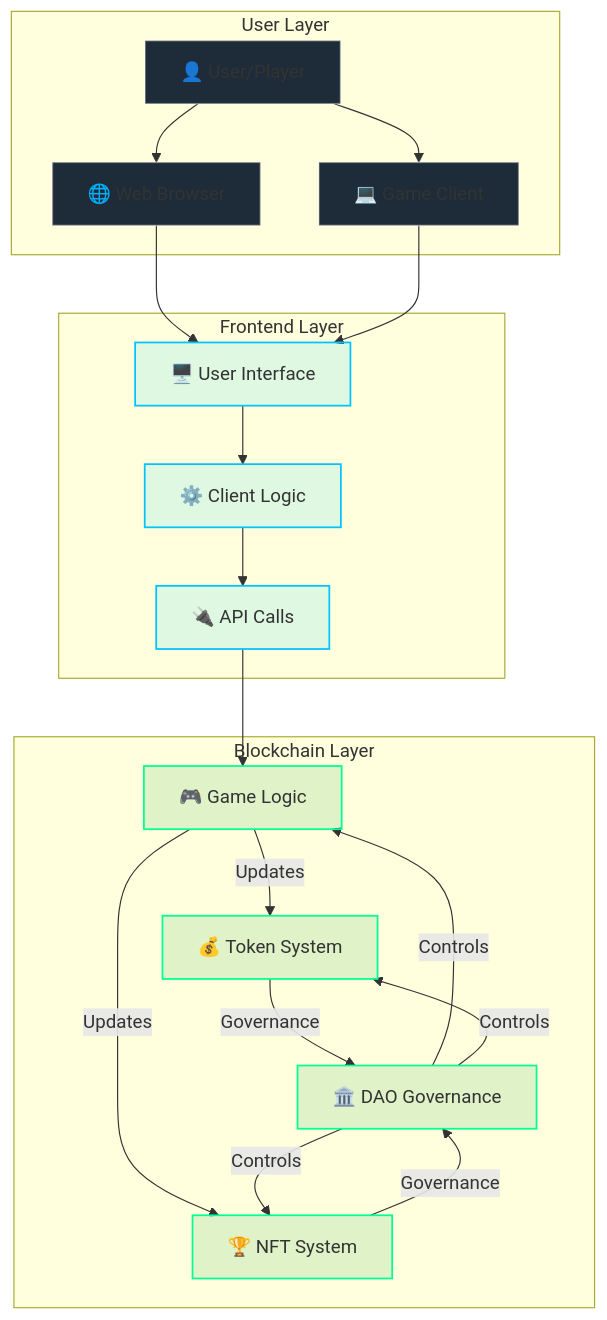
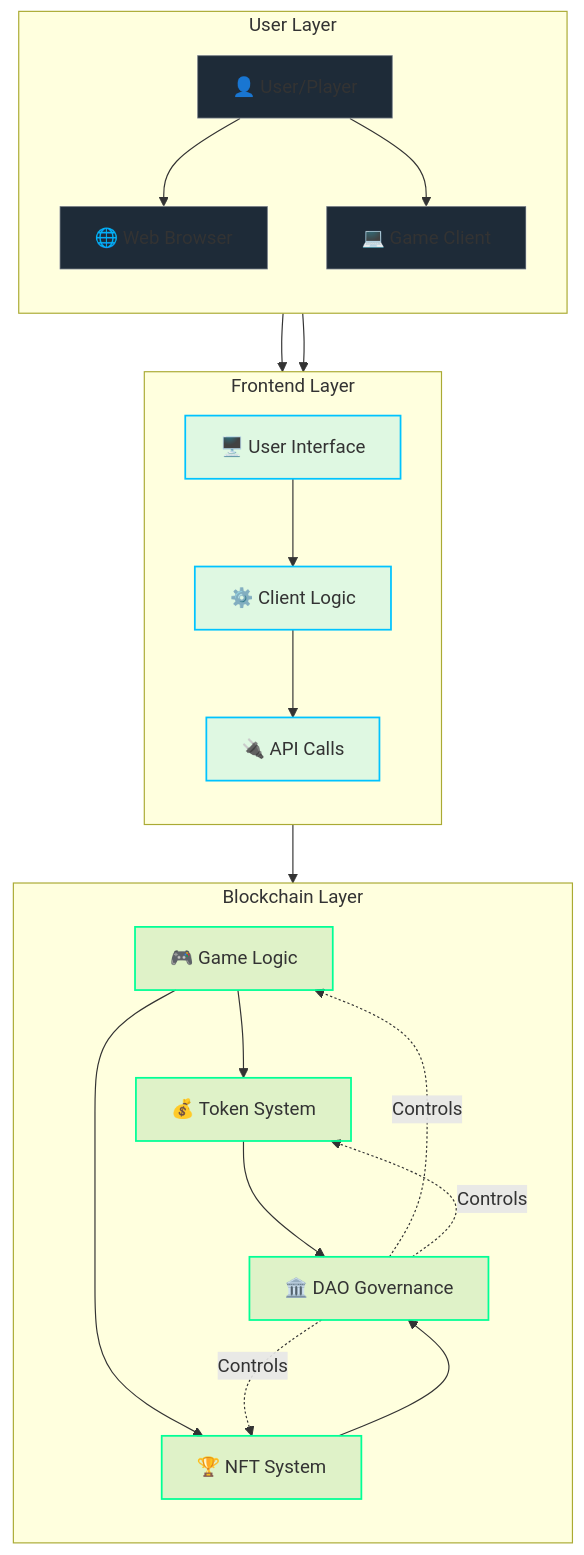
The first of 6 diagrams in src/frontend/src/assets/markdown/en/architecture.md (cosmicrafts/cosmicrafts-dao), drawn with Mermaid before and after one commit. The commit also changed other lines of this file and 1 other file, not shown here.

Commit message:
mermaids #3

````diff
--- a/src/frontend/src/assets/markdown/en/architecture.md
+++ b/src/frontend/src/assets/markdown/en/architecture.md
@@ -25,40 +27,54 @@
 ```mermaid
 flowchart TD
+    %% Define diagram direction and layout
+    %% Use TD (top-down) for vertical flow
+    
     subgraph "User Layer"
+        direction TB
         User["👤 User/Player"]
         Browser["🌐 Web Browser"]
         Client["💻 Game Client"]
     end
     
     subgraph "Frontend Layer"
+        direction TB
         UI["🖥️ User Interface"]
         ClientLogic["⚙️ Client Logic"]
         APIcalls["🔌 API Calls"]
     end
     
     subgraph "Blockchain Layer"
-        DAO["🏛️ DAO Governance"]
+        direction TB
         GameLogic["🎮 Game Logic"]
         TokenSystem["💰 Token System"]
         NFTSystem["🏆 NFT System"]
+        DAO["🏛️ DAO Governance"]
     end
     
-    User --> Browser & Client
-    Browser & Client --> UI
+    %% Connections between nodes with clear vertical flow
+    User --> Browser
+    User --> Client
+    Browser --> UI
+    Client --> UI
     UI --> ClientLogic
     ClientLogic --> APIcalls
     
     APIcalls --> GameLogic
-    GameLogic --> |"Updates"| TokenSystem & NFTSystem
-    TokenSystem & NFTSystem --> |"Governance"| DAO
-    DAO --> |"Controls"| GameLogic & TokenSystem & NFTSystem
+    GameLogic --> TokenSystem
+    GameLogic --> NFTSystem
+    TokenSystem --> DAO
+    NFTSystem --> DAO
+    DAO -.->|"Controls"| GameLogic
+    DAO -.->|"Controls"| TokenSystem
+    DAO -.->|"Controls"| NFTSystem
     
-    %% Styling classes - simplified for better aesthetics
+    %% Styling classes for visual distinction
     classDef userLayer fill:#1e2b38,stroke:#ffffff4d,stroke-width:1.5px
     classDef frontendLayer fill:#00c3ff20,stroke:#00c3ff,stroke-width:1.5px
     classDef blockchainLayer fill:#00993320,stroke:#00ff95,stroke-width:1.5px
     
+    %% Apply styles to nodes
     class User,Browser,Client userLayer
     class UI,ClientLogic,APIcalls frontendLayer
     class DAO,GameLogic,TokenSystem,NFTSystem blockchainLayer
 ```
````
